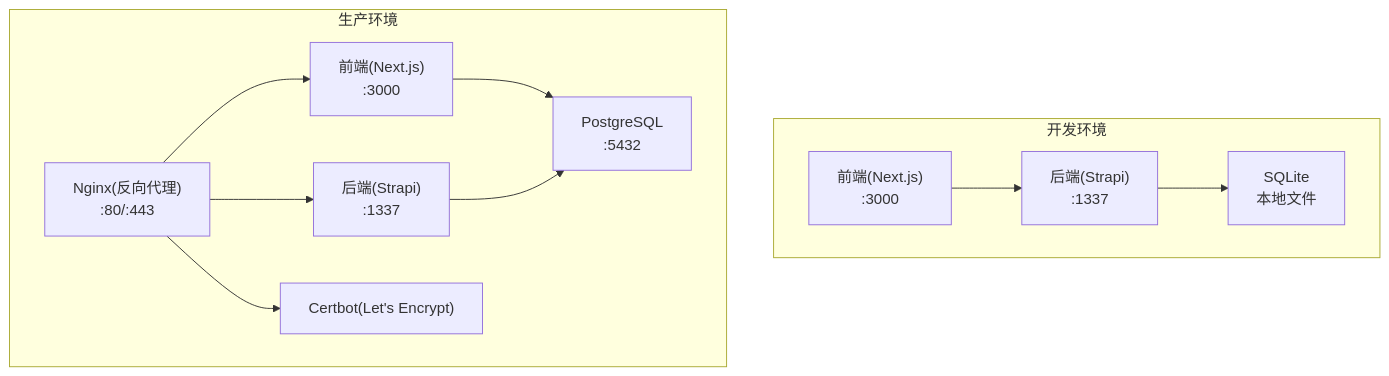
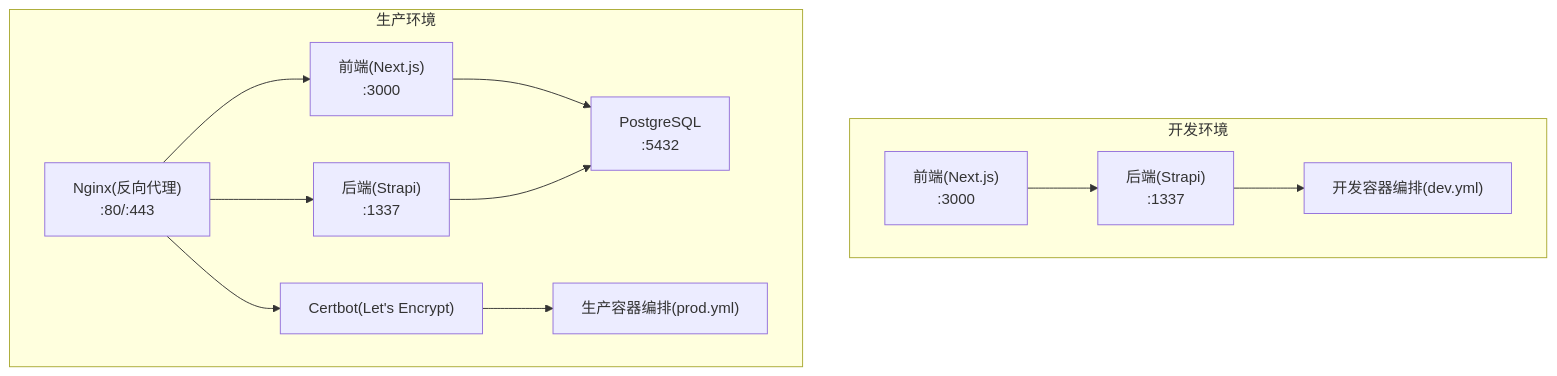
One commit to Will0253/zczk changed the first of 8 diagrams in .qoder/repowiki/zh/content/部署和运维/部署配置/自动化部署脚本.md. Above: the diagram before and after it, drawn with Mermaid. The commit also changed other lines of this file and 13 other files, not shown here.

````diff
--- a/.qoder/repowiki/zh/content/部署和运维/部署配置/自动化部署脚本.md
+++ b/.qoder/repowiki/zh/content/部署和运维/部署配置/自动化部署脚本.md
@@ -32,22 +47,24 @@
 ```mermaid
 graph TB
 subgraph "开发环境"
 FE_DEV["前端(Next.js)<br/>:3000"]
 BE_DEV["后端(Strapi)<br/>:1337"]
-DB_DEV["SQLite<br/>本地文件"]
+DEV_COMP["开发容器编排(dev.yml)"]
 FE_DEV --> BE_DEV
-BE_DEV --> DB_DEV
+BE_DEV --> DEV_COMP
 end
 subgraph "生产环境"
 NGINX["Nginx(反向代理)<br/>:80/:443"]
 FE_PROD["前端(Next.js)<br/>:3000"]
 BE_PROD["后端(Strapi)<br/>:1337"]
 PG["PostgreSQL<br/>:5432"]
 CERT["Certbot(Let's Encrypt)"]
+PROD_COMP["生产容器编排(prod.yml)"]
 NGINX --> FE_PROD
 NGINX --> BE_PROD
 FE_PROD --> PG
 BE_PROD --> PG
 NGINX --> CERT
+CERT --> PROD_COMP
 end
 ```
````
